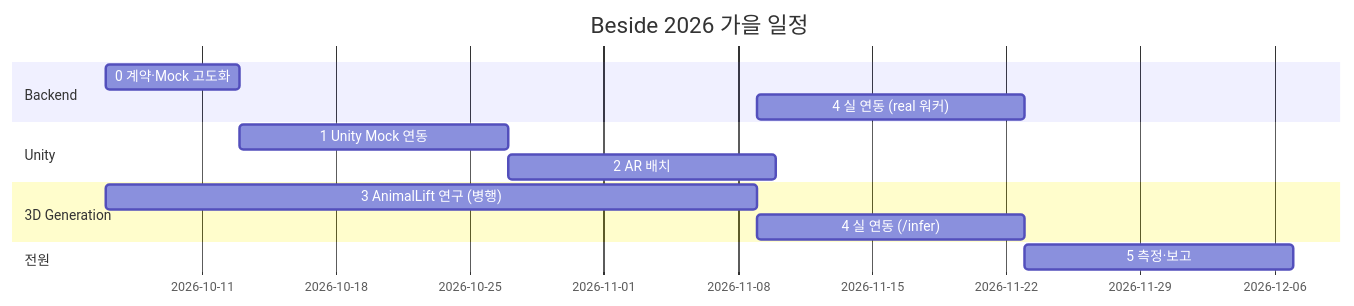
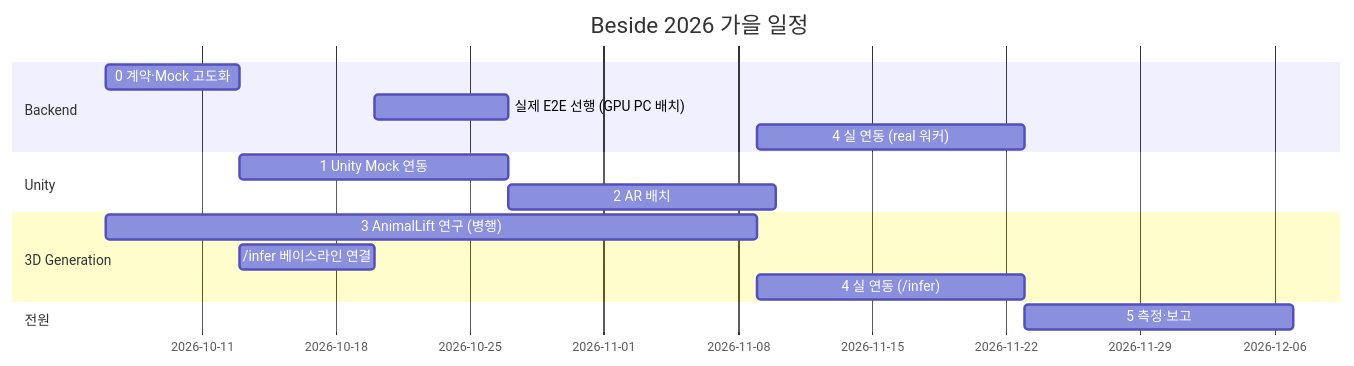
The diagram in docs/PLAN.md (minwoo3717/Beside), drawn with Mermaid before and after one commit. The commit also changed other lines of this file and 6 other files, not shown here.

First line of the commit message:
[Backend] 문서: PLAN 3·4단계 재배열(베이스라인 E2E 선행)과 구조도·회의 안건·GLB 파일명 통일 — 바뀐 순서와 결정을 문서가 따라가도록

````diff
--- a/docs/PLAN.md
+++ b/docs/PLAN.md
@@ -16,16 +16,18 @@
 ```mermaid
 gantt
     dateFormat  YYYY-MM-DD
     title Beside 2026 가을 일정
     section Backend
     0 계약·Mock 고도화        :s0, 2026-10-06, 7d
+    실제 E2E 선행 (GPU PC 배치) :s4a, 2026-10-20, 7d
     4 실 연동 (real 워커)      :s4b, 2026-11-09, 14d
     section Unity
     1 Unity Mock 연동          :s1, 2026-10-13, 14d
     2 AR 배치                  :s2, 2026-10-27, 14d
     section 3D Generation
     3 AnimalLift 연구 (병행)   :s3, 2026-10-06, 34d
+    /infer 베이스라인 연결      :s3b, 2026-10-13, 7d
     4 실 연동 (/infer)         :s4g, 2026-11-09, 14d
     section 전원
     5 측정·보고                :s5, 2026-11-23, 14d
 ```
````
